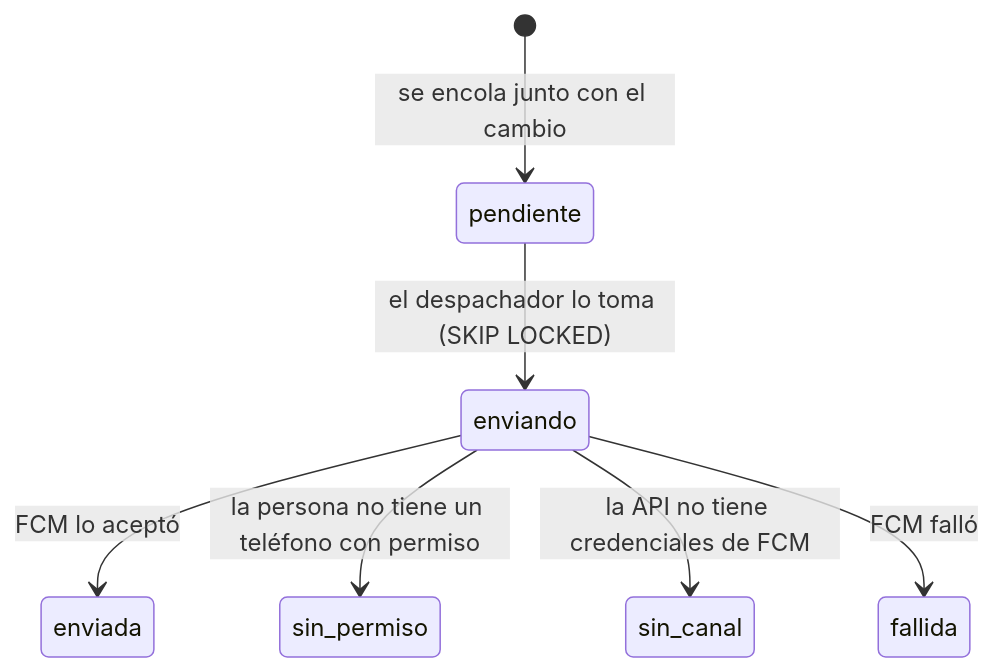
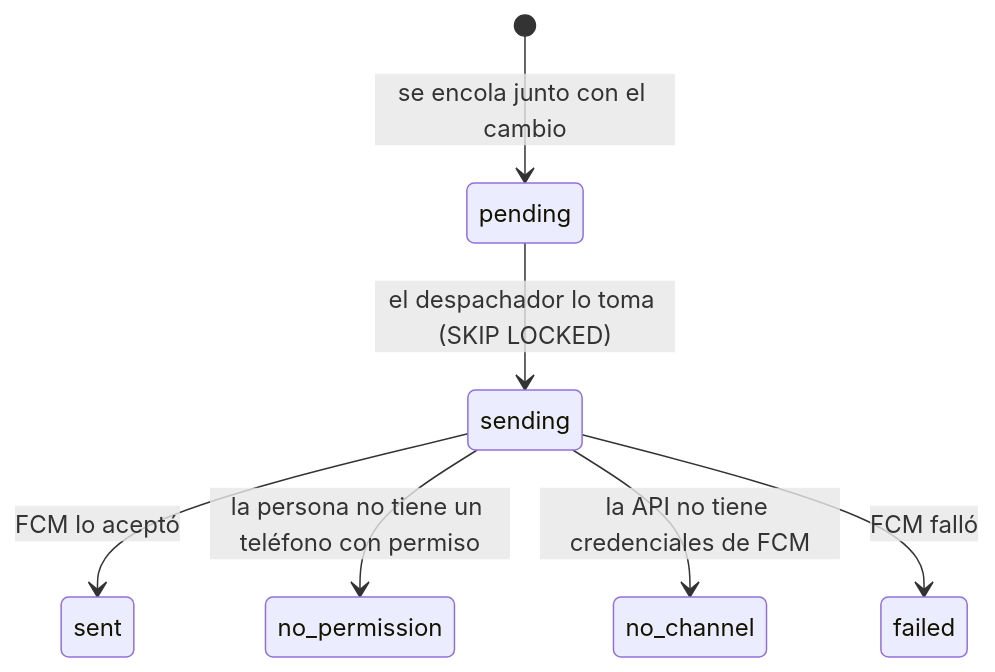
The fourth of 7 diagrams in docs/technical/arquitectura.md (NahuelMosse/ClubNahuelMosse), drawn with Mermaid before and after one commit. The commit also changed other lines of this file and 6 other files, not shown here.

````diff
--- a/docs/technical/arquitectura.md
+++ b/docs/technical/arquitectura.md
@@ -152,9 +152,9 @@
 ```mermaid
 stateDiagram-v2
-  [*] --> pendiente: se encola junto con el cambio
-  pendiente --> enviando: el despachador lo toma (SKIP LOCKED)
-  enviando --> enviada: FCM lo aceptó
-  enviando --> sin_permiso: la persona no tiene un teléfono con permiso
-  enviando --> sin_canal: la API no tiene credenciales de FCM
-  enviando --> fallida: FCM falló
+  [*] --> pending: se encola junto con el cambio
+  pending --> sending: el despachador lo toma (SKIP LOCKED)
+  sending --> sent: FCM lo aceptó
+  sending --> no_permission: la persona no tiene un teléfono con permiso
+  sending --> no_channel: la API no tiene credenciales de FCM
+  sending --> failed: FCM falló
 ```
````
